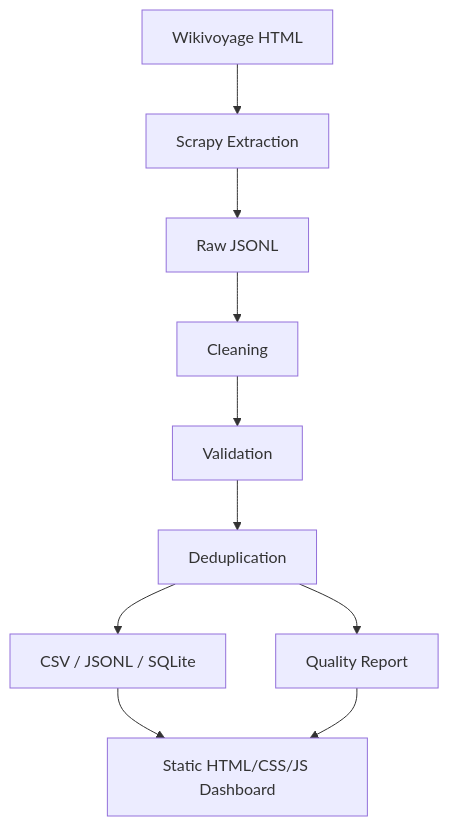
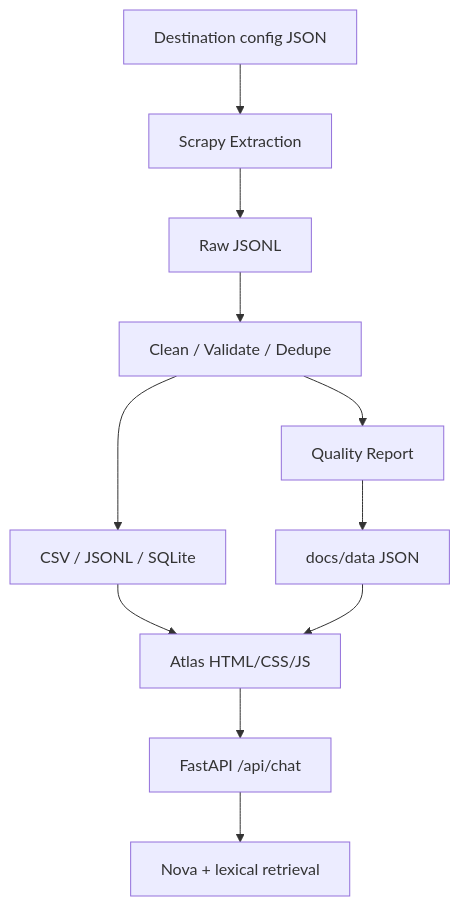
One commit to ayoub-hanif-evrp/travel-data-scraper-etl changed the diagram in README.md. Above: the diagram before and after it, drawn with Mermaid. The commit also changed other lines of this file and 35 other files, not shown here.

Commit message:
Add Atlas explorer, worldwide destinations, and Nova AI

````diff
--- a/README.md
+++ b/README.md
@@ -49,12 +86,13 @@
 ```mermaid
 flowchart TD
-  WV[Wikivoyage HTML] --> Spider[Scrapy Extraction]
+  CFG[Destination config JSON] --> Spider[Scrapy Extraction]
   Spider --> Raw[Raw JSONL]
-  Raw --> Clean[Cleaning]
-  Clean --> Valid[Validation]
-  Valid --> Dedup[Deduplication]
-  Dedup --> Store[CSV / JSONL / SQLite]
-  Dedup --> Report[Quality Report]
-  Store --> Dash[Static HTML/CSS/JS Dashboard]
-  Report --> Dash
+  Raw --> ETL[Clean / Validate / Dedupe]
+  ETL --> Store[CSV / JSONL / SQLite]
+  ETL --> Report[Quality Report]
+  Store --> Atlas[Atlas HTML/CSS/JS]
+  Report --> Data[docs/data JSON]
+  Data --> Atlas
+  Atlas --> API[FastAPI /api/chat]
+  API --> Nova[Nova + lexical retrieval]
 ```
````
